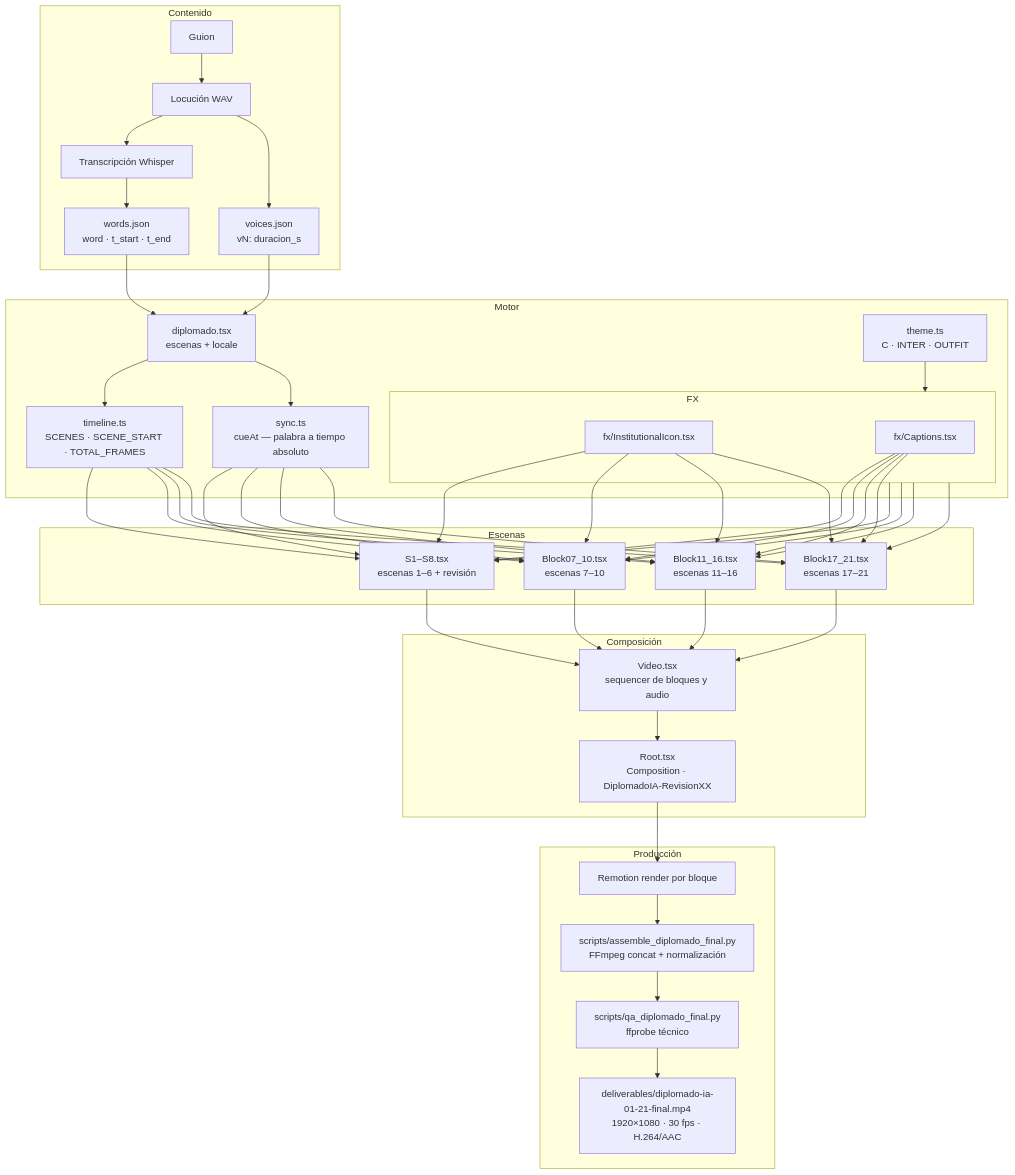
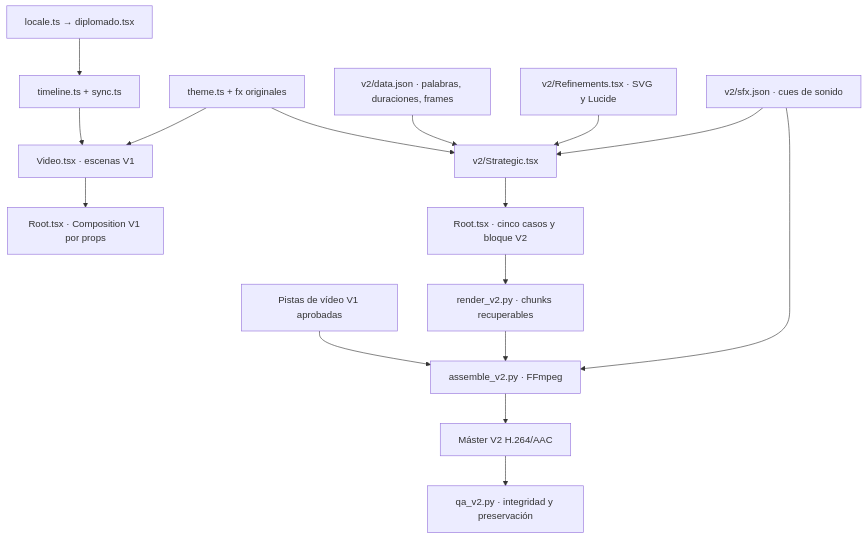
Before and after one commit to mmorfe-engineer/diplomado-ia-banca-motion: the first of 3 diagrams in docs/ARCHITECTURE.md, drawn with Mermaid. The commit also changed other lines of this file and 54 other files, not shown here.

Commit message:
docs(release): document approved V2 custody architecture and verification

````diff
--- a/docs/ARCHITECTURE.md
+++ b/docs/ARCHITECTURE.md
@@ -13,46 +5,18 @@
 ```mermaid
 flowchart TD
-  subgraph Contenido
-    G[Guion] --> L[Locución WAV]
-    L --> W[Transcripción Whisper]
-    W --> WJ[words.json\nword · t_start · t_end]
-    L --> VJ[voices.json\nvN: duracion_s]
-  end
-
-  subgraph Motor
-    WJ & VJ --> DIP[diplomado.tsx\nescenas + locale]
-    DIP --> TL[timeline.ts\nSCENES · SCENE_START · TOTAL_FRAMES]
-    DIP --> SY[sync.ts\ncueAt — palabra a tiempo absoluto]
-    TH[theme.ts\nC · INTER · OUTFIT] --> FX
-  end
-
-  subgraph FX
-    FX[fx/index.tsx\nBackground · Glass · Title · Prism\nGrad · Sfx · Doc · Person]
-    IC[fx/InstitutionalIcon.tsx]
-    CA[fx/Captions.tsx]
-  end
-
-  subgraph Escenas
-    S1_6[S1–S8.tsx\nescenas 1–6 + revisión]
-    B07[Block07_10.tsx\nescenas 7–10]
-    B11[Block11_16.tsx\nescenas 11–16]
-    B17[Block17_21.tsx\nescenas 17–21]
-  end
-
-  subgraph Composición
-    ROOT[Root.tsx\nComposition · DiplomadoIA-RevisionXX]
-    VID[Video.tsx\nsequencer de bloques y audio]
-  end
-
-  subgraph Producción
-    REM[Remotion render por bloque]
-    ASM[scripts/assemble_diplomado_final.py\nFFmpeg concat + normalización]
-    QA[scripts/qa_diplomado_final.py\nffprobe técnico]
-    MASTER[deliverables/diplomado-ia-01-21-final.mp4\n1920×1080 · 30 fps · H.264/AAC]
-  end
-
-  TL & SY & FX --> S1_6 & B07 & B11 & B17
-  IC & CA --> S1_6 & B07 & B11 & B17
-  S1_6 & B07 & B11 & B17 --> VID --> ROOT
-  ROOT --> REM --> ASM --> QA --> MASTER
+  L["locale.ts → diplomado.tsx"] --> T["timeline.ts + sync.ts"]
+  T --> V["Video.tsx · escenas V1"]
+  F["theme.ts + fx originales"] --> V
+  F --> S["v2/Strategic.tsx"]
+  D["v2/data.json · palabras, duraciones, frames"] --> S
+  I["v2/Refinements.tsx · SVG y Lucide"] --> S
+  E["v2/sfx.json · cues de sonido"] --> S
+  V --> R["Root.tsx · Composition V1 por props"]
+  S --> R2["Root.tsx · cinco casos y bloque V2"]
+  R2 --> C["render_v2.py · chunks recuperables"]
+  B["Pistas de vídeo V1 aprobadas"] --> A["assemble_v2.py · FFmpeg"]
+  C --> A
+  E --> A
+  A --> M["Máster V2 H.264/AAC"]
+  M --> Q["qa_v2.py · integridad y preservación"]
 ```
````
